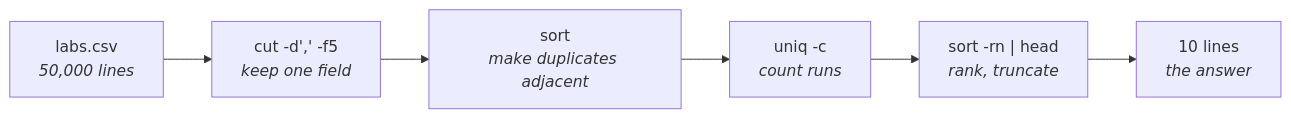
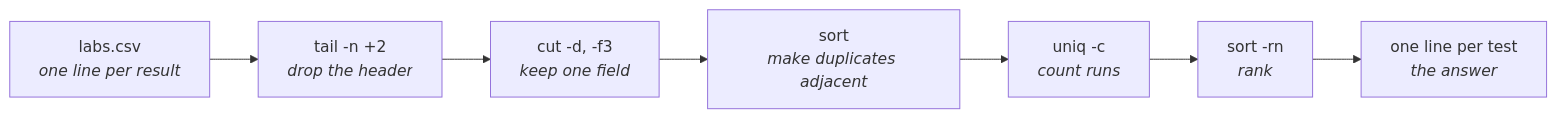
The diagram in analysis/report/04b-shell.qmd (rgt47/practicum), drawn with Mermaid before and after one commit. The commit also changed other lines of this file and 57 other files, not shown here.

````diff
--- a/analysis/report/04b-shell.qmd
+++ b/analysis/report/04b-shell.qmd
@@ -172,20 +411,22 @@
 ```{mermaid}
 %%| echo: false
 %%| label: fig-shell-pipe
-%%| fig-alt: "Left-to-right pipeline. A 50,000-line CSV feeds into
-%%|   cut, which keeps one field; then sort, which makes duplicates
-%%|   adjacent; then uniq -c, which counts runs; then sort -rn piped
-%%|   to head, which ranks and truncates. The output is ten lines."
+%%| fig-alt: "Left-to-right pipeline. labs.csv, one line per test
+%%|   result, feeds tail -n +2, which drops the header; then cut,
+%%|   which keeps the third field; then sort, which makes duplicates
+%%|   adjacent; then uniq -c, which counts runs; then sort -rn, which
+%%|   ranks the counts. The output is one line per test code."
 %%| fig-cap: "A shell pipeline as a sequence of narrowing
 %%|   transformations. Each tool reads standard input and writes
 %%|   standard output, so composition needs no shared file format
-%%|   beyond lines of text. This is the same compositional idea as
-%%|   a dplyr pipeline, in a different notation."
+%%|   beyond lines of text. This is the compositional idea of a
+%%|   dplyr pipeline in a different notation."
 flowchart LR
-  F["labs.csv<br/><i>50,000 lines</i>"]
-  F --> A["cut -d',' -f5<br/><i>keep one field</i>"]
+  F["labs.csv<br/><i>one line per result</i>"]
+  F --> H["tail -n +2<br/><i>drop the header</i>"]
+  H --> A["cut -d, -f3<br/><i>keep one field</i>"]
   A --> B["sort<br/><i>make duplicates adjacent</i>"]
   B --> C["uniq -c<br/><i>count runs</i>"]
-  C --> D["sort -rn | head<br/><i>rank, truncate</i>"]
-  D --> G["10 lines<br/><i>the answer</i>"]
+  C --> D["sort -rn<br/><i>rank</i>"]
+  D --> G["one line per test<br/><i>the answer</i>"]
 ```
````
